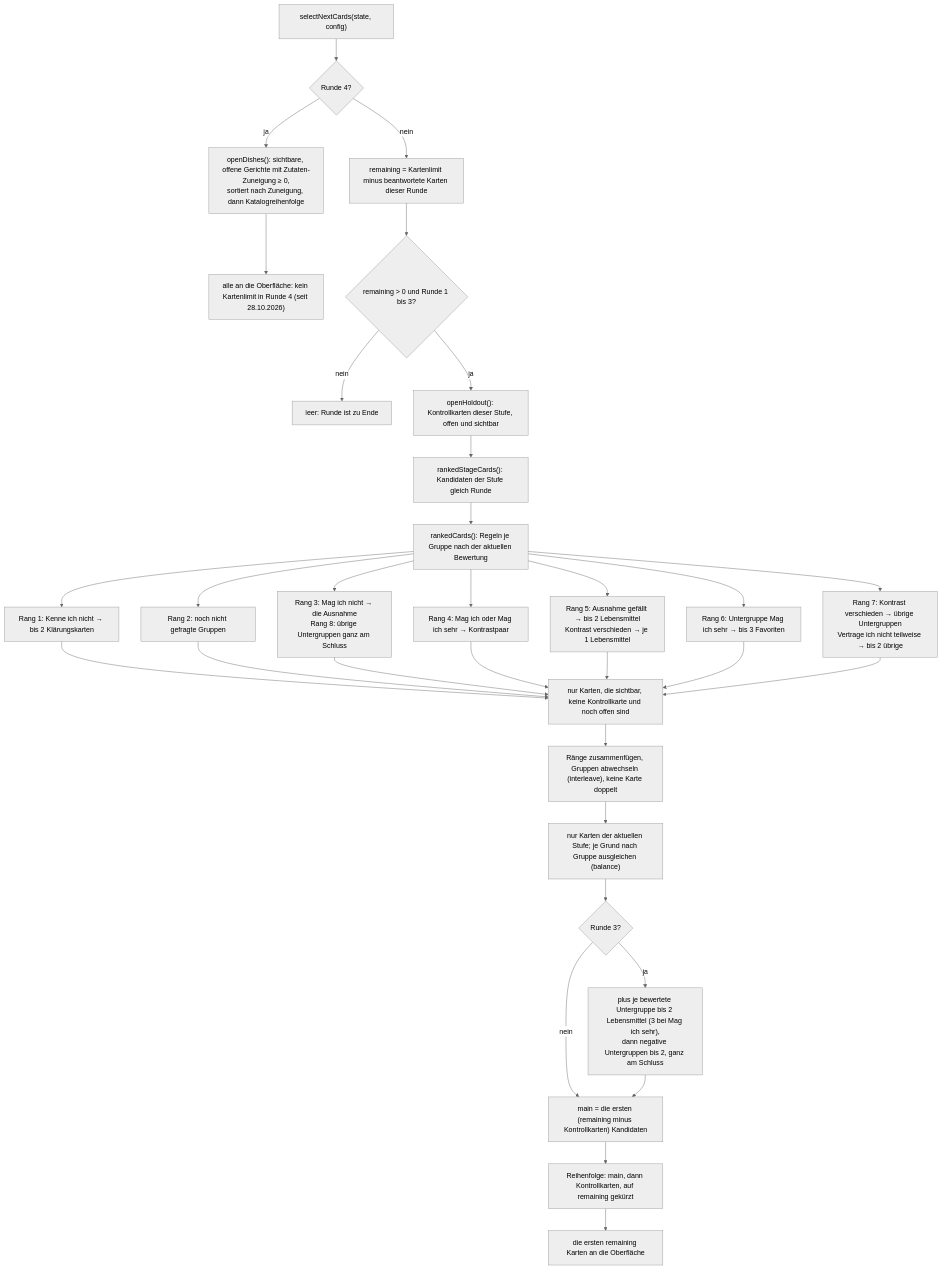
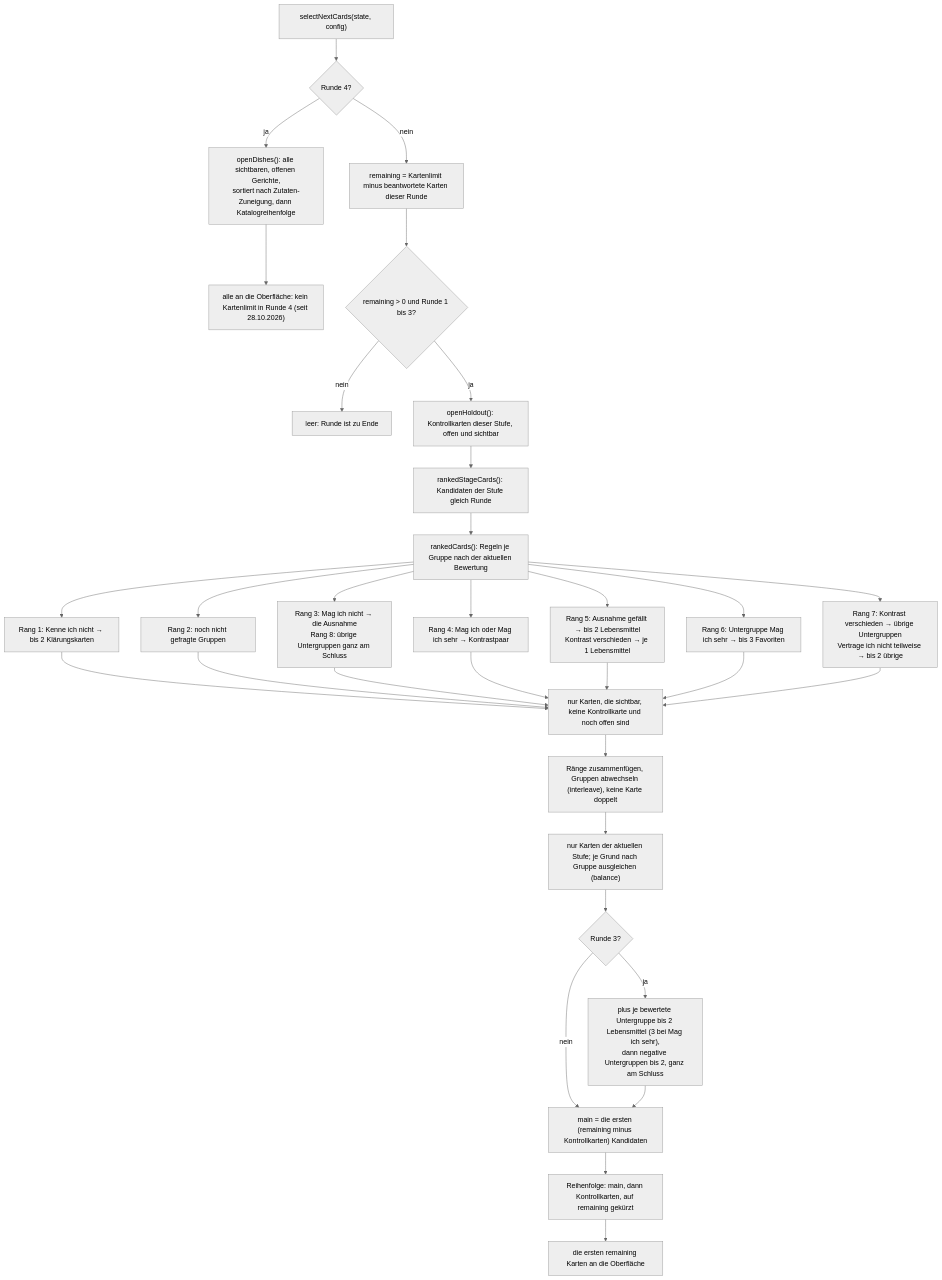
The second of 6 diagrams in docs/05_Flowcharts.md (kerisan-jeg/geschmacksprofil-50plus), drawn with Mermaid (neutral theme) before and after one commit. The commit also changed other lines of this file and 68 other files, not shown here.

First line of the commit message:
Runde 4 ohne Geschmacksfilter, „Runde beenden“ von Anfang an, 42 neue Gerichte mit Fotos (64 statt 22)

````diff
--- a/docs/05_Flowcharts.md
+++ b/docs/05_Flowcharts.md
@@ -41,28 +41,28 @@
 ```mermaid
 flowchart TD
   A["selectNextCards(state, config)"] --> D{"Runde 4?"}
-  D -- "ja" --> E["openDishes(): sichtbare, offene Gerichte mit Zutaten-Zuneigung ≥ 0,<br/>sortiert nach Zuneigung, dann Katalogreihenfolge"]
+  D -- "ja" --> E["openDishes(): alle sichtbaren, offenen Gerichte,<br/>sortiert nach Zutaten-Zuneigung, dann Katalogreihenfolge"]
   E --> Y4["alle an die Oberfläche: kein Kartenlimit in Runde 4 (seit 28.10.2026)"]
   D -- "nein" --> B["remaining = Kartenlimit minus beantwortete Karten dieser Runde"]
   B --> C{"remaining > 0 und Runde 1 bis 3?"}
   C -- "nein" --> Z["leer: Runde ist zu Ende"]
   C -- "ja" --> F["openHoldout(): Kontrollkarten dieser Stufe, offen und sichtbar"]
   F --> G["rankedStageCards(): Kandidaten der Stufe gleich Runde"]
   G --> H["rankedCards(): Regeln je Gruppe nach der aktuellen Bewertung"]
   H --> H1["Rang 1: Kenne ich nicht → bis 2 Klärungskarten"]
   H --> H2["Rang 2: noch nicht gefragte Gruppen"]
   H --> H3["Rang 3: Mag ich nicht → die Ausnahme<br/>Rang 8: übrige Untergruppen ganz am Schluss"]
   H --> H4["Rang 4: Mag ich oder Mag ich sehr → Kontrastpaar"]
   H --> H5["Rang 5: Ausnahme gefällt → bis 2 Lebensmittel<br/>Kontrast verschieden → je 1 Lebensmittel"]
   H --> H6["Rang 6: Untergruppe Mag ich sehr → bis 3 Favoriten"]
   H --> H7["Rang 7: Kontrast verschieden → übrige Untergruppen<br/>Vertrage ich nicht teilweise → bis 2 übrige"]
   H1 & H2 & H3 & H4 & H5 & H6 & H7 --> I["nur Karten, die sichtbar, keine Kontrollkarte und noch offen sind"]
   I --> J["Ränge zusammenfügen, Gruppen abwechseln (interleave), keine Karte doppelt"]
   J --> K["nur Karten der aktuellen Stufe; je Grund nach Gruppe ausgleichen (balance)"]
   K --> L{"Runde 3?"}
   L -- "ja" --> L1["plus je bewertete Untergruppe bis 2 Lebensmittel (3 bei Mag ich sehr),<br/>dann negative Untergruppen bis 2, ganz am Schluss"]
   L -- "nein" --> N
   L1 --> N["main = die ersten (remaining minus Kontrollkarten) Kandidaten"]
   N --> O["Reihenfolge: main, dann Kontrollkarten, auf remaining gekürzt"]
   O --> Y["die ersten remaining Karten an die Oberfläche"]
 ```
````
